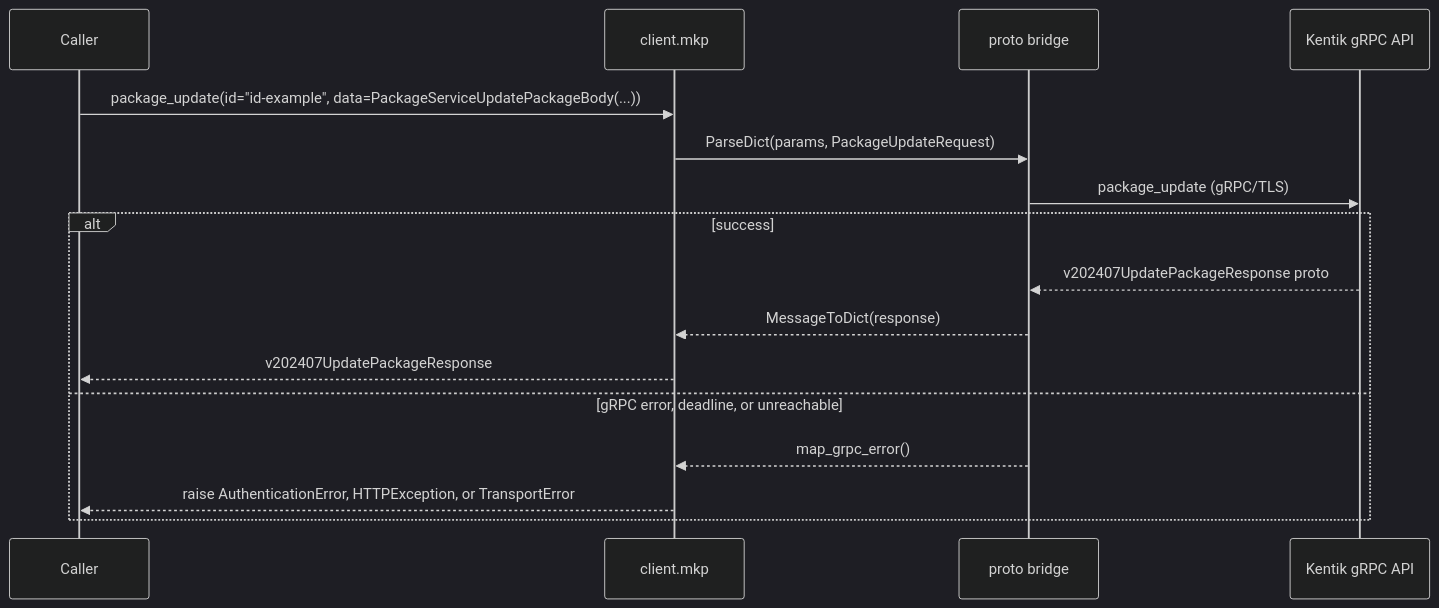
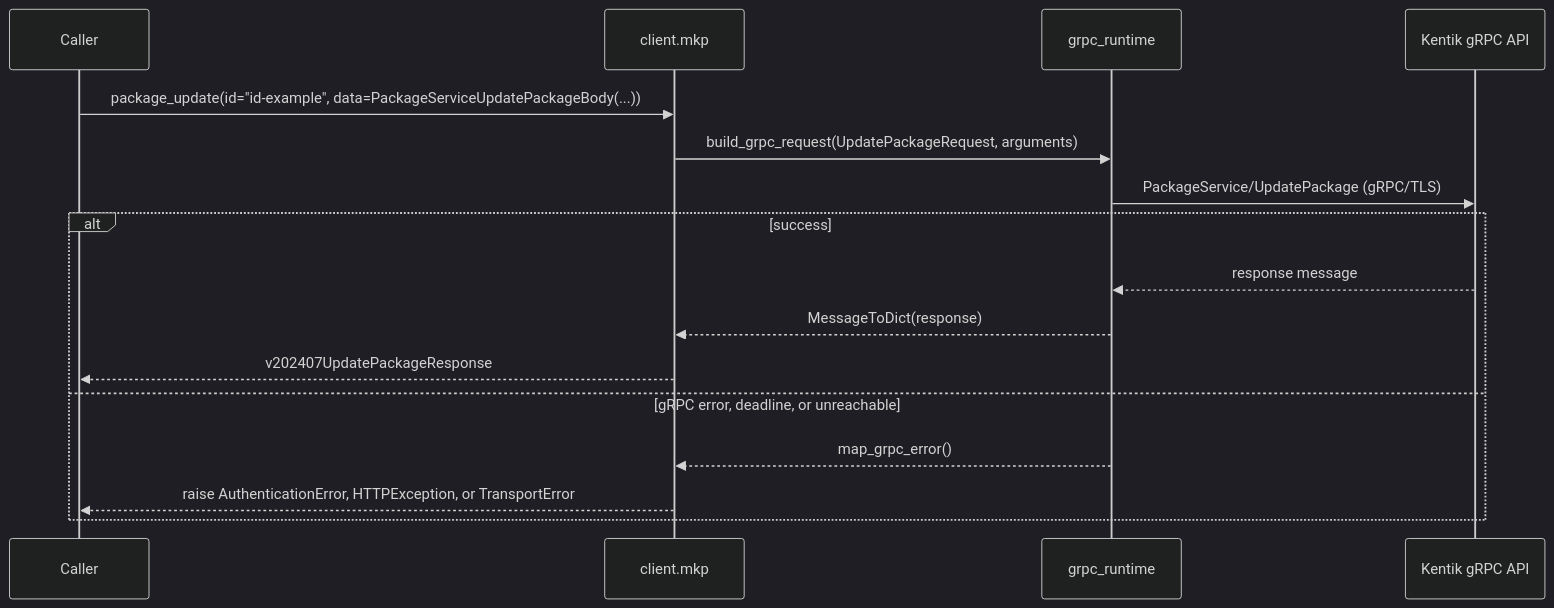
The ninth of 30 diagrams in docs/sphinx/services/mkp.md (alexdearaujo/community_sdk_python), drawn with Mermaid (dark theme) before and after one commit. The commit also changed other lines of this file and 37 other files, not shown here.

First line of the commit message:
docs: show the real RPC in each service page's gRPC diagram

````diff
--- a/docs/sphinx/services/mkp.md
+++ b/docs/sphinx/services/mkp.md
@@ -281,19 +281,19 @@
 ```mermaid
 sequenceDiagram
     participant C as Caller
     participant W as client.mkp
-    participant B as proto bridge
+    participant R as grpc_runtime
     participant API as Kentik gRPC API
 
     C->>W: package_update(id="id-example", data=PackageServiceUpdatePackageBody(...))
-    W->>B: ParseDict(params, PackageUpdateRequest)
-    B->>API: package_update (gRPC/TLS)
+    W->>R: build_grpc_request(UpdatePackageRequest, arguments)
+    R->>API: PackageService/UpdatePackage (gRPC/TLS)
     alt success
-        API-->>B: v202407UpdatePackageResponse proto
-        B-->>W: MessageToDict(response)
+        API-->>R: response message
+        R-->>W: MessageToDict(response)
         W-->>C: v202407UpdatePackageResponse
     else gRPC error, deadline, or unreachable
-        B-->>W: map_grpc_error()
+        R-->>W: map_grpc_error()
         W-->>C: raise AuthenticationError, HTTPException, or TransportError
     end
 ```
````
